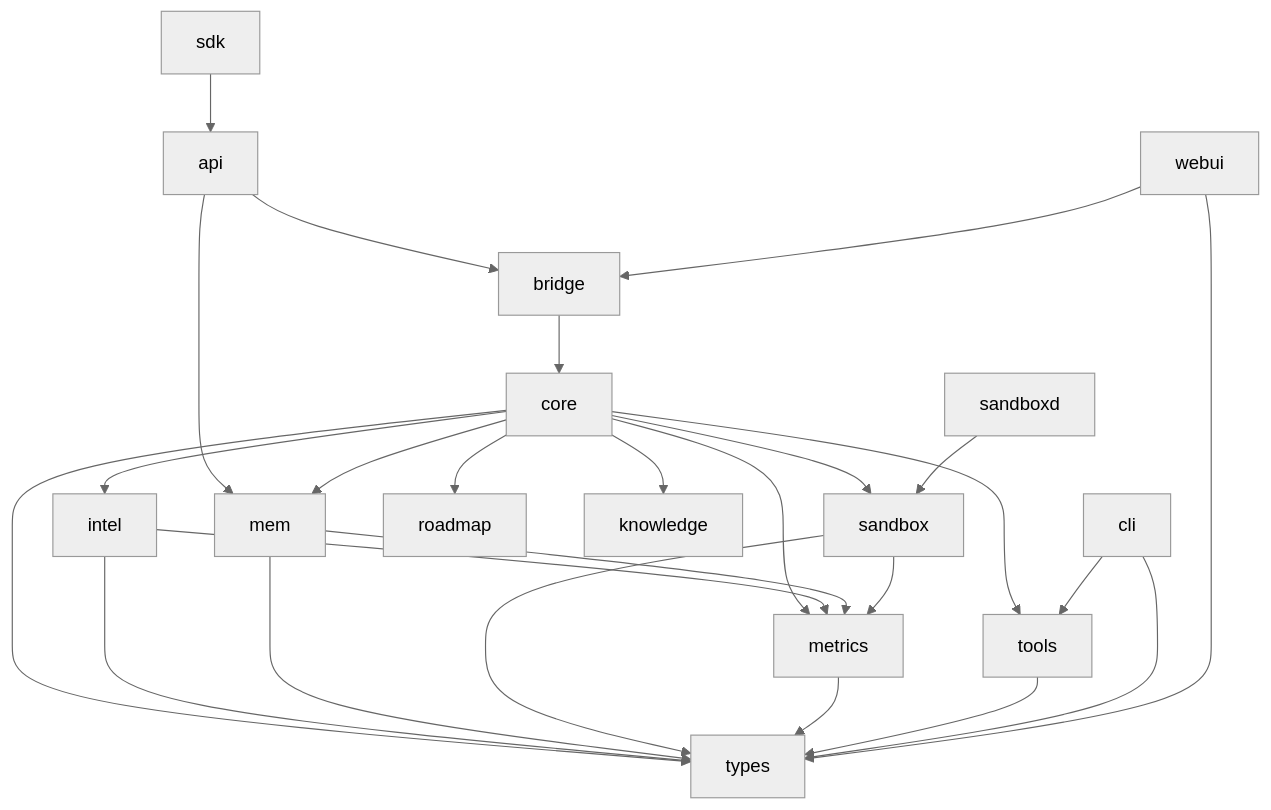
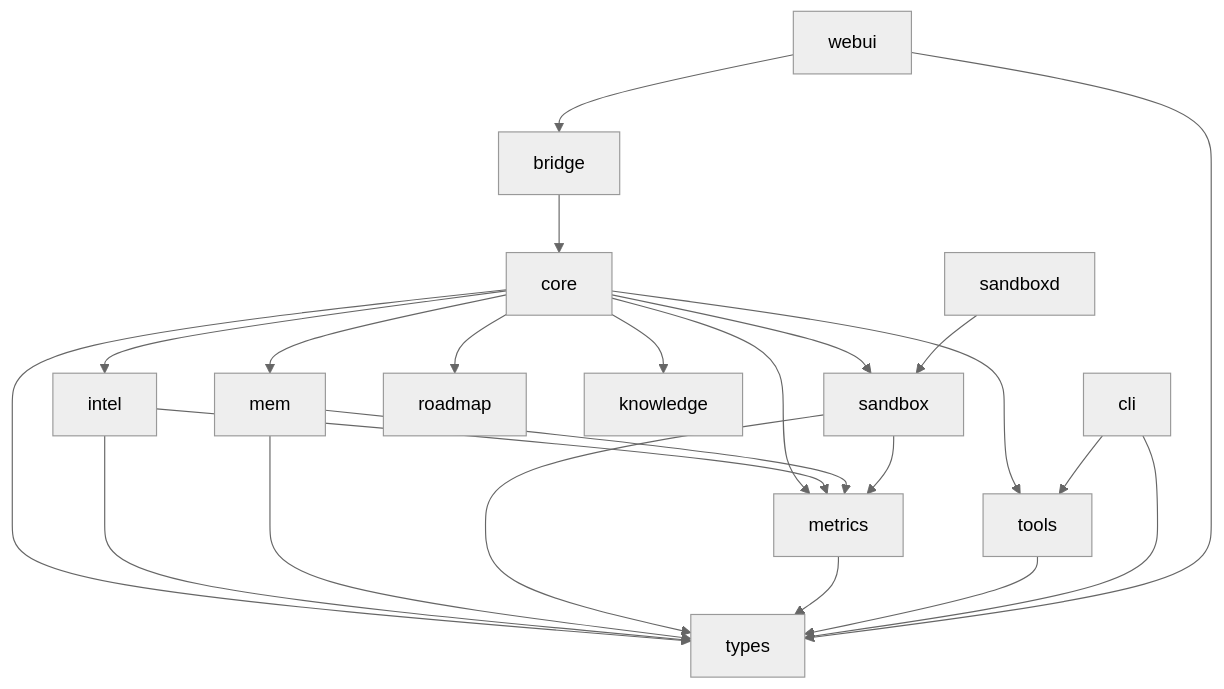
Before and after one commit to zerove/opencodepro: the diagram in book/src/architecture.md, drawn with Mermaid (neutral theme). The commit also changed other lines of this file and 63 other files, not shown here.

````diff
--- a/book/src/architecture.md
+++ b/book/src/architecture.md
@@ -12,28 +12,25 @@
 ```mermaid
 graph TD
     bridge --> core
-    api --> bridge
-    api --> mem
     core --> types
     core --> intel
     core --> mem
     core --> sandbox
     core --> metrics
     core --> roadmap
     core --> knowledge
     core --> tools
     intel --> types
     intel --> metrics
     mem --> types
     mem --> metrics
     sandbox --> types
     sandbox --> metrics
     sandboxd --> sandbox
     metrics --> types
     tools --> types
     cli --> types
     cli --> tools
     webui --> bridge
     webui --> types
-    sdk --> api
 ```
````
